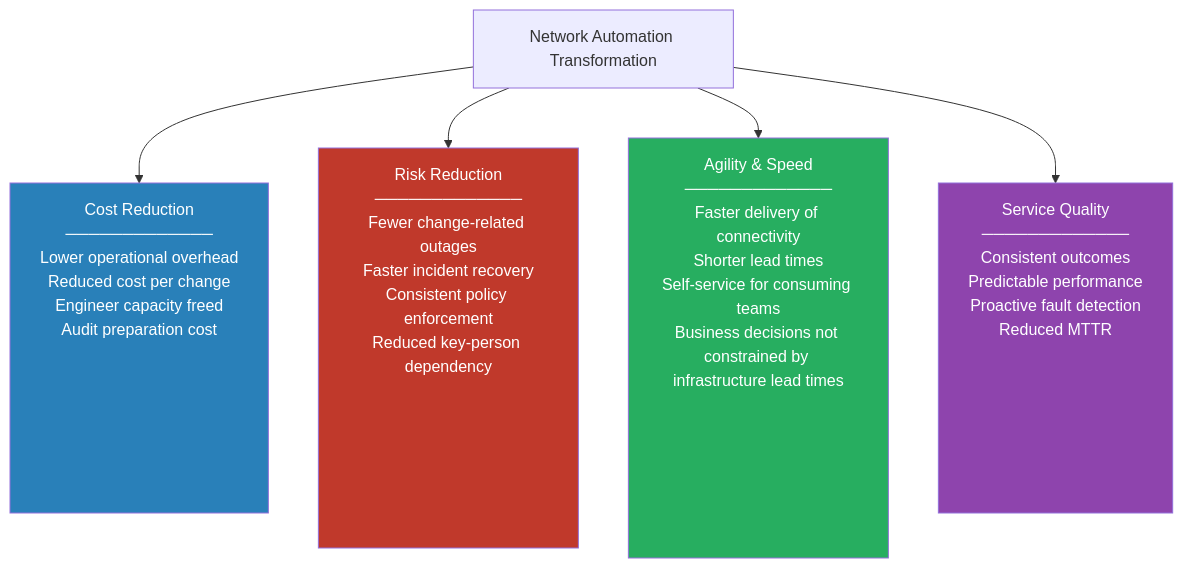
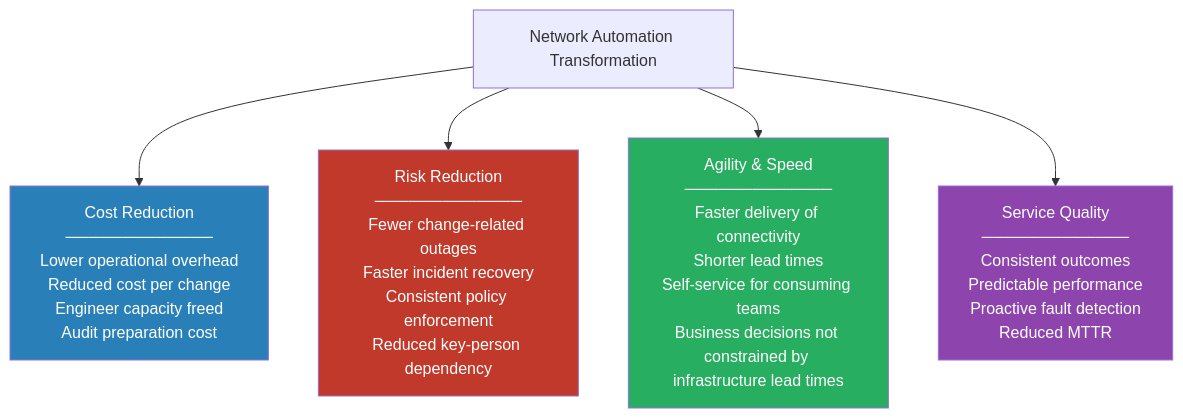
Before and after one commit to ppklau/network_automation_handbook: the first of 3 diagrams in 02-business-alignment/chapter.md, drawn with Mermaid. The commit also changed other lines of this file and 17 other files, not shown here.

Commit message:
Modified sync script to generate static SVG for mermaid Gnatt charts.

````diff
--- a/02-business-alignment/chapter.md
+++ b/02-business-alignment/chapter.md
@@ -38,14 +38,14 @@
 ```mermaid
 graph TD
     AUTO["Network Automation Transformation"]
 
-    AUTO --> COST["<div style='min-height:300px'>Cost Reduction<br>─────────────<br>Lower operational overhead<br>Reduced cost per change<br>Engineer capacity freed<br>Audit preparation cost</div>"]
-    AUTO --> RISK["<div style='min-height:370px'>Risk Reduction<br>─────────────<br>Fewer change-related outages<br>Faster incident recovery<br>Consistent policy enforcement<br>Reduced key-person dependency</div>"]
-    AUTO --> AGIL["<div style='min-height:390px'>Agility & Speed<br>─────────────<br>Faster delivery of connectivity<br>Shorter lead times<br>Self-service for consuming teams<br>Business decisions not constrained by infrastructure lead times</div>"]
-    AUTO --> QUAL["<div style='min-height:300px'>Service Quality<br>─────────────<br>Consistent outcomes<br>Predictable performance<br>Proactive fault detection<br>Reduced MTTR</div>"]
+    AUTO --> COST["Cost Reduction<br>─────────────<br>Lower operational overhead<br>Reduced cost per change<br>Engineer capacity freed<br>Audit preparation cost"]
+    AUTO --> RISK["Risk Reduction<br>─────────────<br>Fewer change-related outages<br>Faster incident recovery<br>Consistent policy enforcement<br>Reduced key-person dependency"]
+    AUTO --> AGIL["Agility & Speed<br>─────────────<br>Faster delivery of connectivity<br>Shorter lead times<br>Self-service for consuming teams<br>Business decisions not constrained by infrastructure lead times"]
+    AUTO --> QUAL["Service Quality<br>─────────────<br>Consistent outcomes<br>Predictable performance<br>Proactive fault detection<br>Reduced MTTR"]
 
     style COST fill:#2980b9,color:#fff
     style RISK fill:#c0392b,color:#fff
     style AGIL fill:#27ae60,color:#fff
     style QUAL fill:#8e44ad,color:#fff
 ```
````
